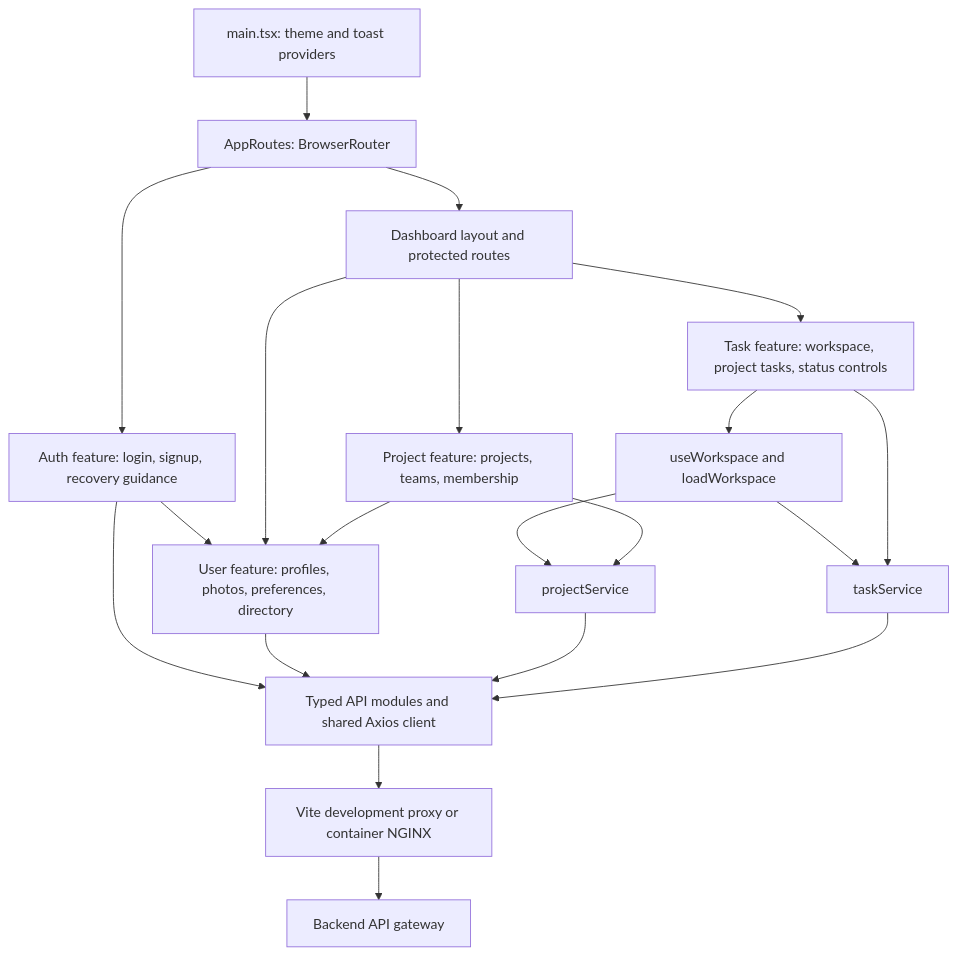
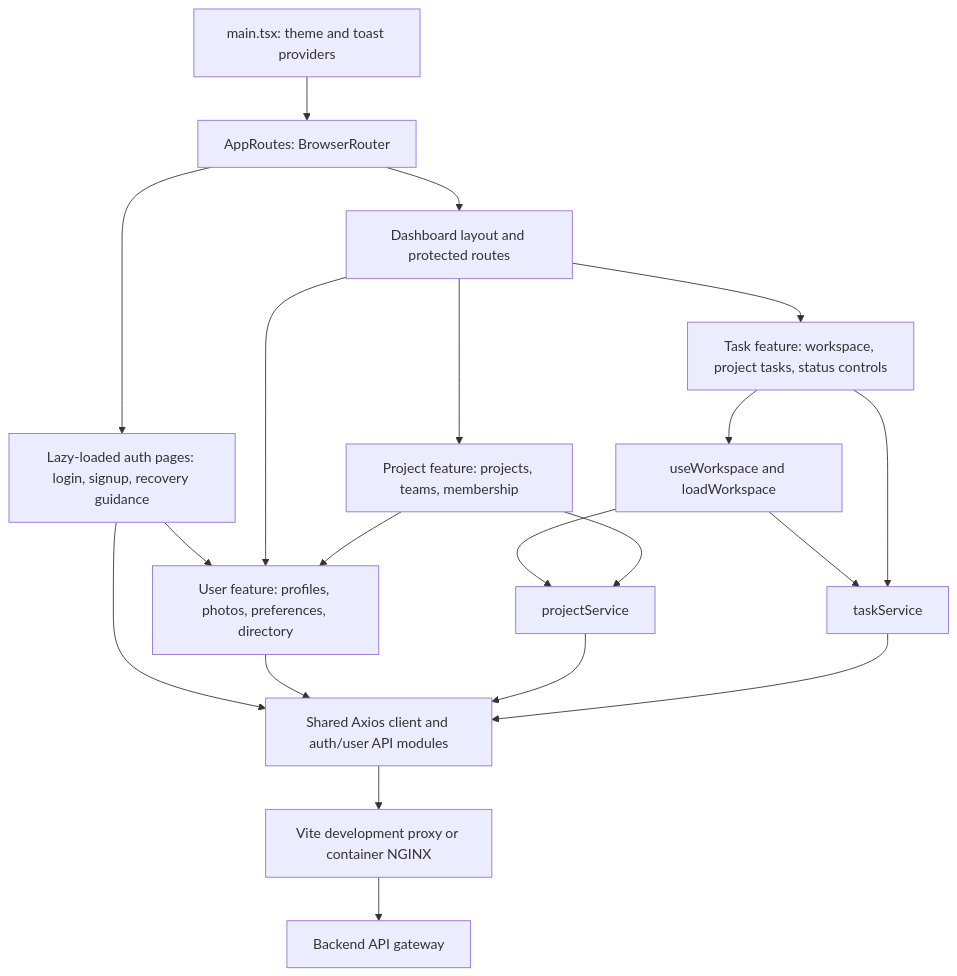
One commit to herve192-hub/TaskFlow changed the first of 3 diagrams in frontend/README.md. Above: the diagram before and after it, drawn with Mermaid. The commit also changed other lines of this file and 108 other files, not shown here.

````diff
--- a/frontend/README.md
+++ b/frontend/README.md
@@ -9,22 +9,22 @@
 ```mermaid
 flowchart TB
     main["main.tsx: theme and toast providers"] --> routes["AppRoutes: BrowserRouter"]
-    routes --> auth["Auth feature: login, signup, recovery guidance"]
+    routes --> auth["Lazy-loaded auth pages: login, signup, recovery guidance"]
     routes --> dashboard["Dashboard layout and protected routes"]
     dashboard --> projects["Project feature: projects, teams, membership"]
     dashboard --> tasks["Task feature: workspace, project tasks, status controls"]
     auth --> users["User feature: profiles, photos, preferences, directory"]
     dashboard --> users
     projects --> users
     tasks --> workspace["useWorkspace and loadWorkspace"]
     workspace --> projectService["projectService"]
     workspace --> taskService["taskService"]
-    auth --> api["Typed API modules and shared Axios client"]
+    auth --> api["Shared Axios client and auth/user API modules"]
     users --> api
     projects --> projectService
     projectService --> api
     tasks --> taskService
     taskService --> api
     api --> proxy["Vite development proxy or container NGINX"]
     proxy --> gateway["Backend API gateway"]
 ```
````
